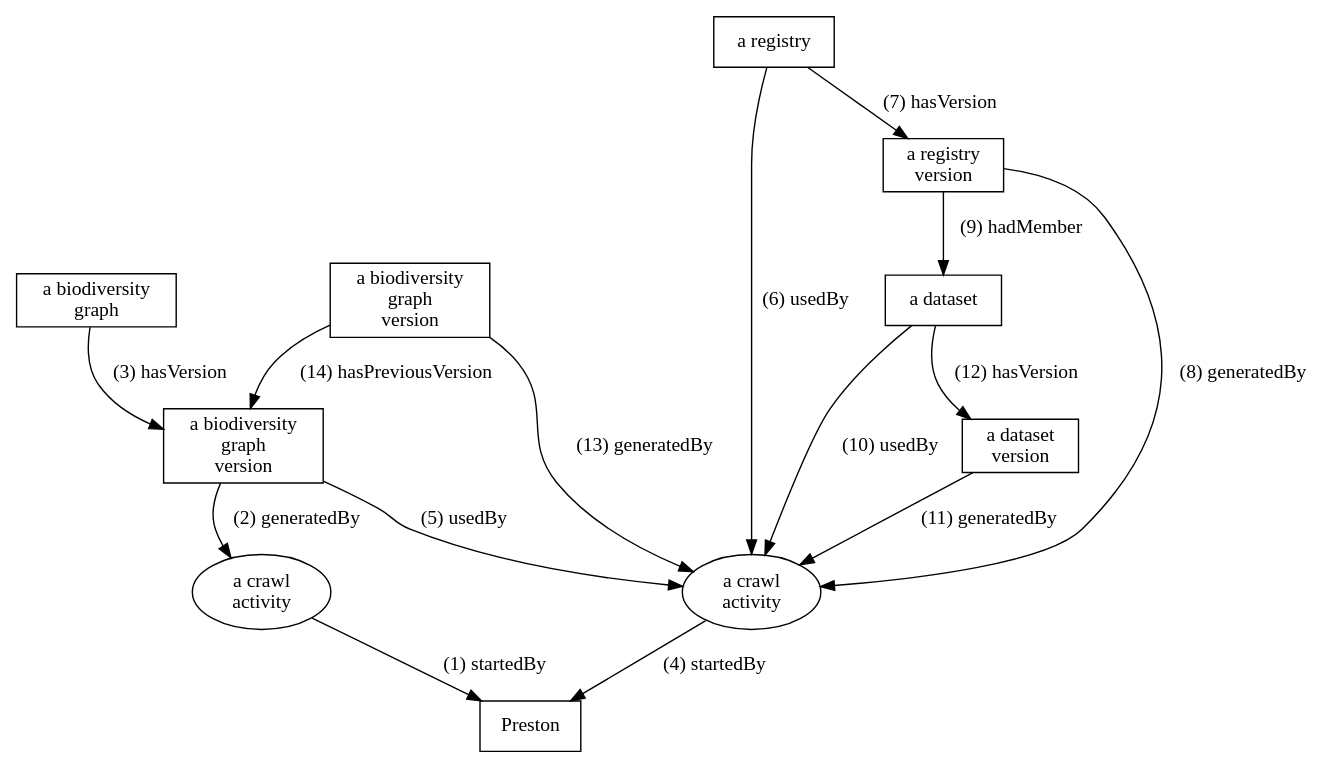
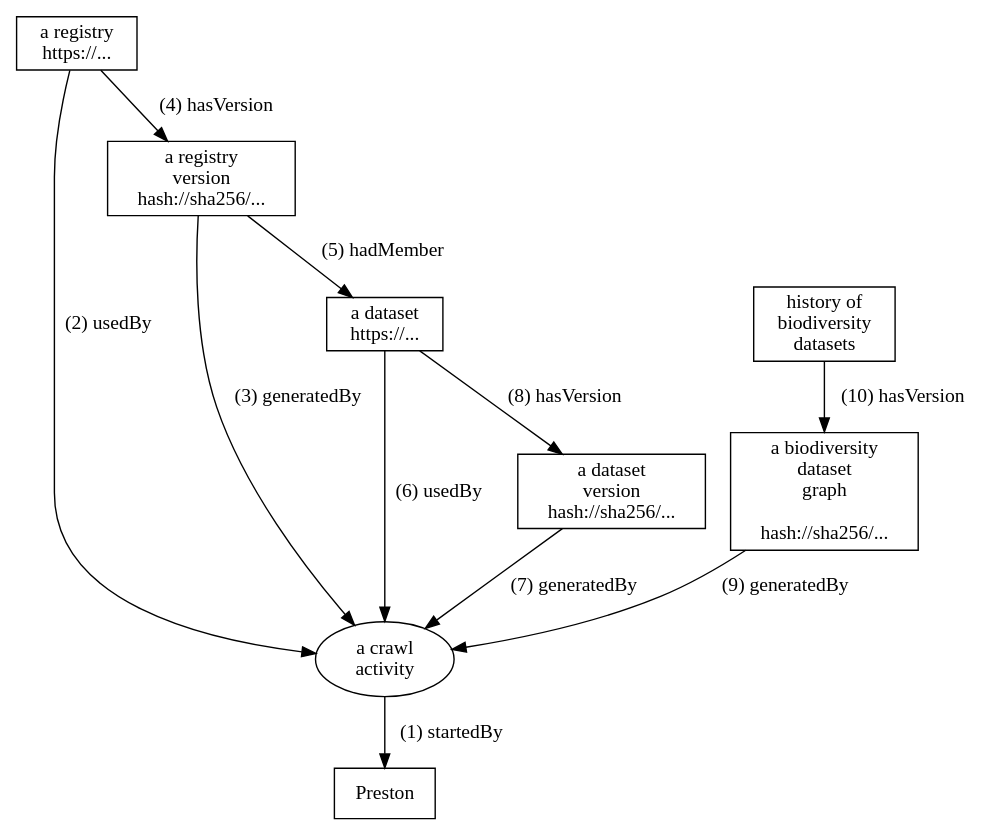
The diagram in process.dot (bio-guoda/preston), drawn with Graphviz before and after one commit. The commit also changed 2 other files, not shown here.

Commit message:
simplify process diagram; update readme

```diff
--- a/process.dot
+++ b/process.dot
@@ -1,36 +1,27 @@
 digraph test123 {
-    r [shape="box", label="a registry"];
-    b [shape="box", label="a biodiversity\ngraph"];
+    r [shape="box", label="a registry\nhttps://..."];
+    b [shape="box", label="history of\nbiodiversity\ndatasets"];
     preston [shape="box", label="Preston"]; 
     
-    x0 [shape="box", label="a biodiversity\ngraph\nversion"];
-    b -> x0 [shape="box", label="(3) hasVersion"];
+    a1 [label="a crawl\nactivity"];
+    a1 -> preston [label="(1) startedBy"];
     
-    a0 [label="a crawl\nactivity"];
-    a0 -> preston [label="(1) startedBy"];
-    x0 -> a0 [label = "(2) generatedBy"];
+    r -> a1 [label="(2) usedBy"];
+
+    rv0 [shape="box", label="a registry\nversion\nhash://sha256/..."];
+    r -> rv0 [label="(4) hasVersion"];
+    rv0 -> a1 [label="(3) generatedBy"];
+
+    d [shape="box", label="a dataset\nhttps://..."];
+    rv0 -> d [label="(5) hadMember"];
+    d -> a1 [label="(6) usedBy"];
+
+    dv0 [shape="box", label="a dataset\nversion\nhash://sha256/..."];
+    dv0 -> a1 [label="(7) generatedBy"];
+
+    d -> dv0 [label="(8) hasVersion"];
     
-    a1 [label="a crawl\nactivity"];
-    a1 -> preston [label="(4) startedBy"];
-    
-    x0 -> a1 [label="(5) usedBy"];
-    r -> a1 [label="(6) usedBy"];
-
-    rv0 [shape="box", label="a registry\nversion"];
-    r -> rv0 [label="(7) hasVersion"];
-    rv0 -> a1 [label="(8) generatedBy"];
-
-    d [shape="box", label="a dataset"];
-    rv0 -> d [label="(9) hadMember"];
-    d -> a1 [label="(10) usedBy"];
-
-    dv0 [shape="box", label="a dataset\nversion"];
-    dv0 -> a1 [label="(11) generatedBy"];
-
-    d -> dv0 [label="(12) hasVersion"];
-    
-    x1 [shape="box", label="a biodiversity\ngraph\nversion"];
-    x1 -> a1 [label="(13) generatedBy"];
-    x1 -> x0 [label="(14) hasPreviousVersion"];
-
+    x1 [shape="box", label="a biodiversity\ndataset\ngraph\n\nhash://sha256/..."];
+    x1 -> a1 [label="(9) generatedBy"];
+    b -> x1 [shape="box", label="(10) hasVersion"];
 }
```
